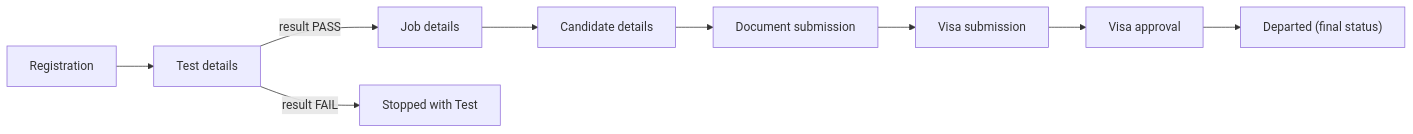
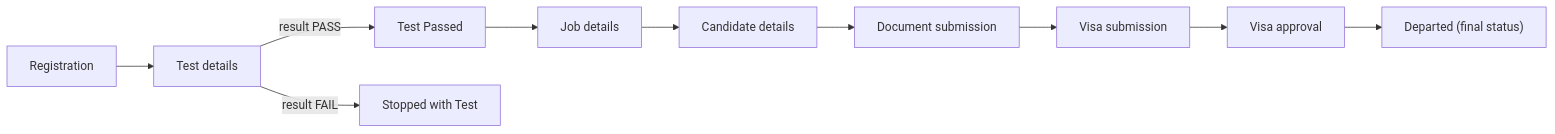
One commit to emlynk-pixel/EmlynkWABot changed the first of 14 diagrams in README.md. Above: the diagram before and after it, drawn with Mermaid. The commit also changed other lines of this file and 8 other files, not shown here.

First line of the commit message:
feat(status): add Test Passed between Registered and Job Assigned

````diff
--- a/README.md
+++ b/README.md
@@ -101,11 +101,12 @@
 ```mermaid
 flowchart LR
     R["Registration"] --> T["Test details"]
-    T -->|"result PASS"| J["Job details"]
+    T -->|"result PASS"| TP["Test Passed"]
+    TP --> J["Job details"]
     T -->|"result FAIL"| S["Stopped with Test"]
     J --> C["Candidate details"]
     C --> D["Document submission"]
     D --> V["Visa submission"]
     V --> A["Visa approval"]
     A --> P["Departed (final status)"]
 ```
````
